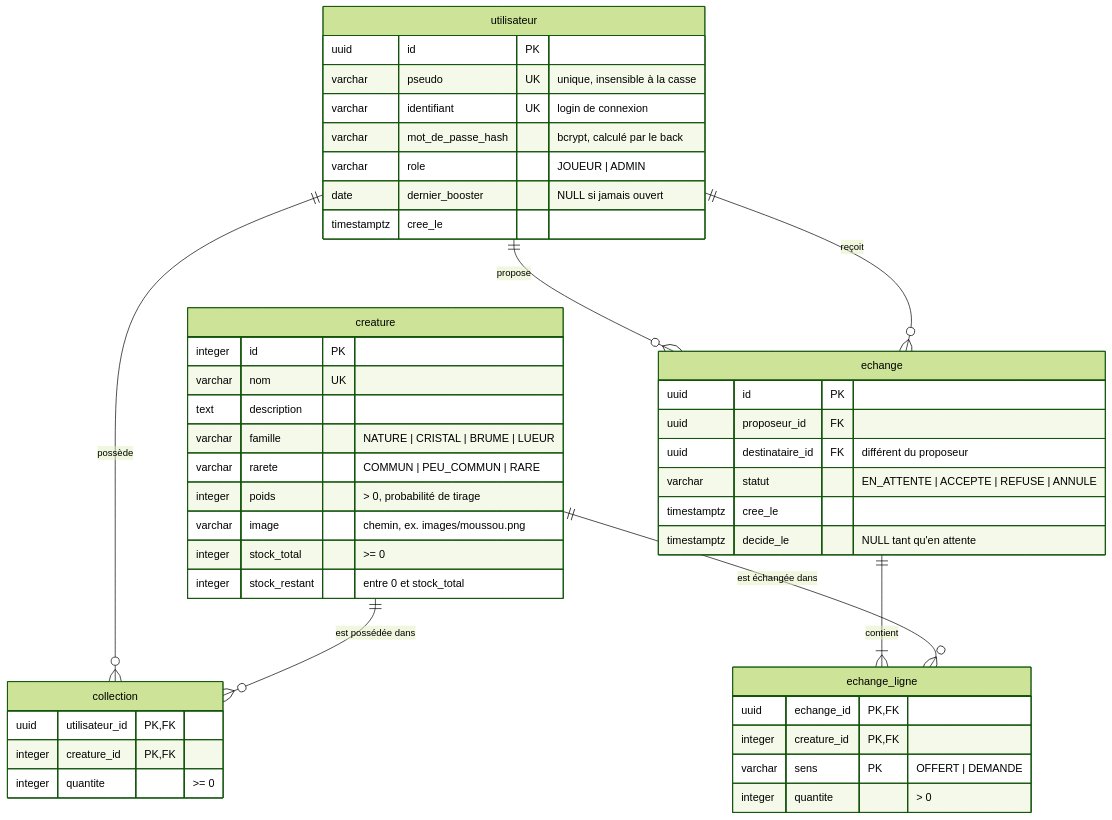
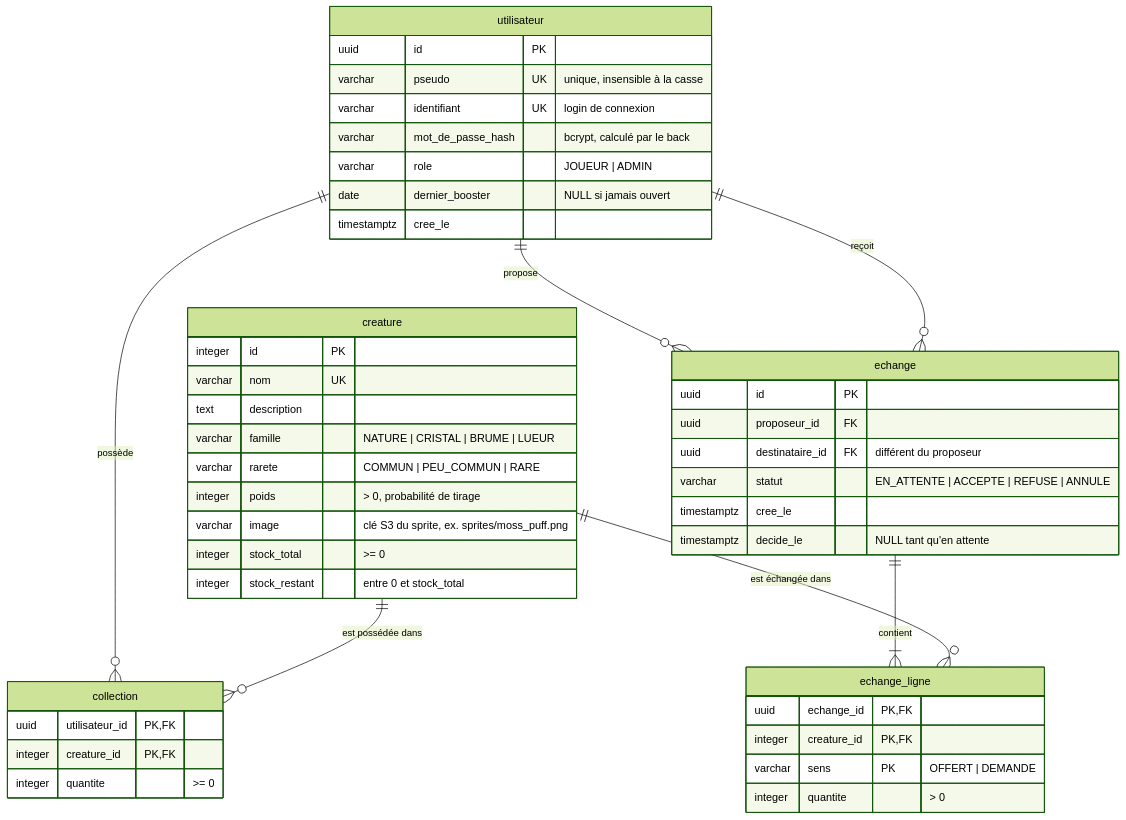
One commit to creatura2026/creatura-app changed the diagram in db/docs/schema.mmd. Above: the diagram before and after it, drawn with Mermaid (forest theme). The commit also changed 4 other files, not shown here.

```diff
--- a/db/docs/schema.mmd
+++ b/db/docs/schema.mmd
@@ -1,51 +1,51 @@
 erDiagram
     utilisateur ||--o{ collection : "possède"
     creature    ||--o{ collection : "est possédée dans"
     utilisateur ||--o{ echange : "propose"
     utilisateur ||--o{ echange : "reçoit"
     echange     ||--|{ echange_ligne : "contient"
     creature    ||--o{ echange_ligne : "est échangée dans"
 
     utilisateur {
         uuid        id                PK
         varchar     pseudo            UK "unique, insensible à la casse"
         varchar     identifiant       UK "login de connexion"
         varchar     mot_de_passe_hash    "bcrypt, calculé par le back"
         varchar     role                 "JOUEUR | ADMIN"
         date        dernier_booster      "NULL si jamais ouvert"
         timestamptz cree_le
     }
 
     creature {
         integer     id                PK
         varchar     nom               UK
         text        description
         varchar     famille              "NATURE | CRISTAL | BRUME | LUEUR"
         varchar     rarete               "COMMUN | PEU_COMMUN | RARE"
         integer     poids                "> 0, probabilité de tirage"
-        varchar     image                "chemin, ex. images/moussou.png"
+        varchar     image                "clé S3 du sprite, ex. sprites/moss_puff.png"
         integer     stock_total          ">= 0"
         integer     stock_restant        "entre 0 et stock_total"
     }
 
     collection {
         uuid        utilisateur_id    PK, FK
         integer     creature_id       PK, FK
         integer     quantite             ">= 0"
     }
 
     echange {
         uuid        id                PK
         uuid        proposeur_id      FK
         uuid        destinataire_id   FK "différent du proposeur"
         varchar     statut               "EN_ATTENTE | ACCEPTE | REFUSE | ANNULE"
         timestamptz cree_le
         timestamptz decide_le            "NULL tant qu'en attente"
     }
 
     echange_ligne {
         uuid        echange_id        PK, FK
         integer     creature_id       PK, FK
         varchar     sens              PK "OFFERT | DEMANDE"
         integer     quantite             "> 0"
     }
```
